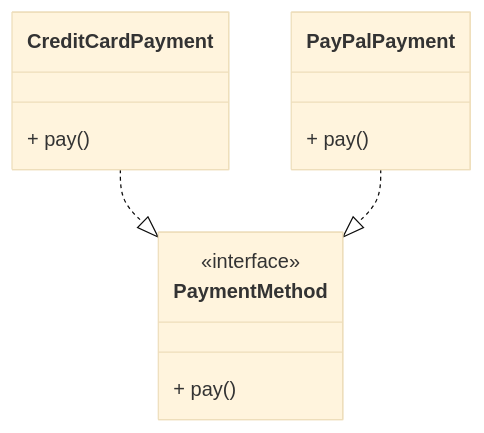
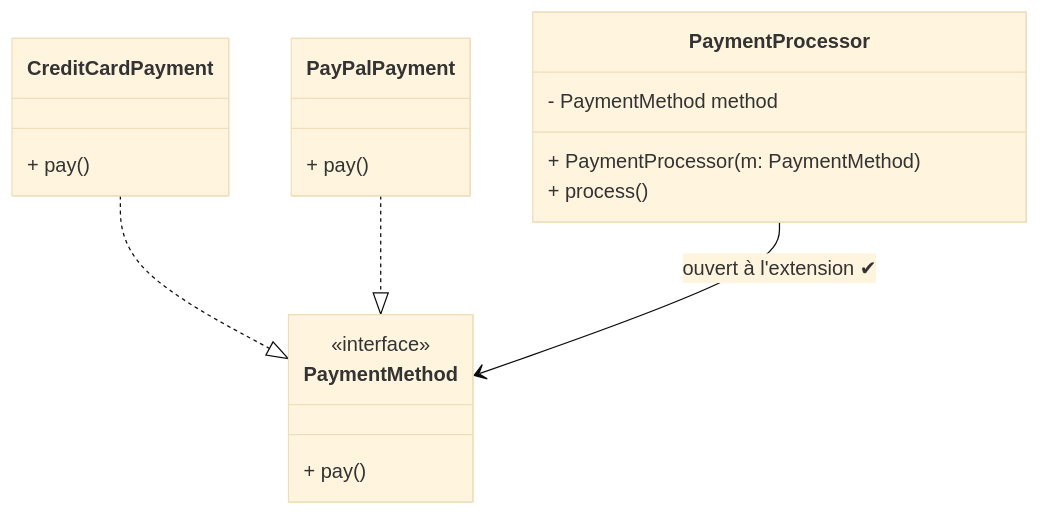
The sixth of 10 diagrams in 06-PARTIE4-JAVA/2.md (hrhouma1/Programmation-objet-2), drawn with Mermaid (base theme) before and after one commit. The commit also changed other lines of this file, not shown here.

````diff
--- a/06-PARTIE4-JAVA/2.md
+++ b/06-PARTIE4-JAVA/2.md
@@ -267,15 +216,18 @@
 ```mermaid
 classDiagram
     class PaymentMethod {
-        <<interface>>
-        + pay()
+      <<interface>>
+      + pay()
     }
-    class CreditCardPayment {
-        + pay()
+    class CreditCardPayment { + pay() }
+    class PayPalPayment     { + pay() }
+    class PaymentProcessor  {
+      - PaymentMethod method
+      + PaymentProcessor(m: PaymentMethod)
+      + process()
     }
-    class PayPalPayment {
-        + pay()
-    }
+
     CreditCardPayment ..|> PaymentMethod
     PayPalPayment ..|> PaymentMethod
+    PaymentProcessor --> PaymentMethod : ouvert à l'extension ✔
 ```
````
